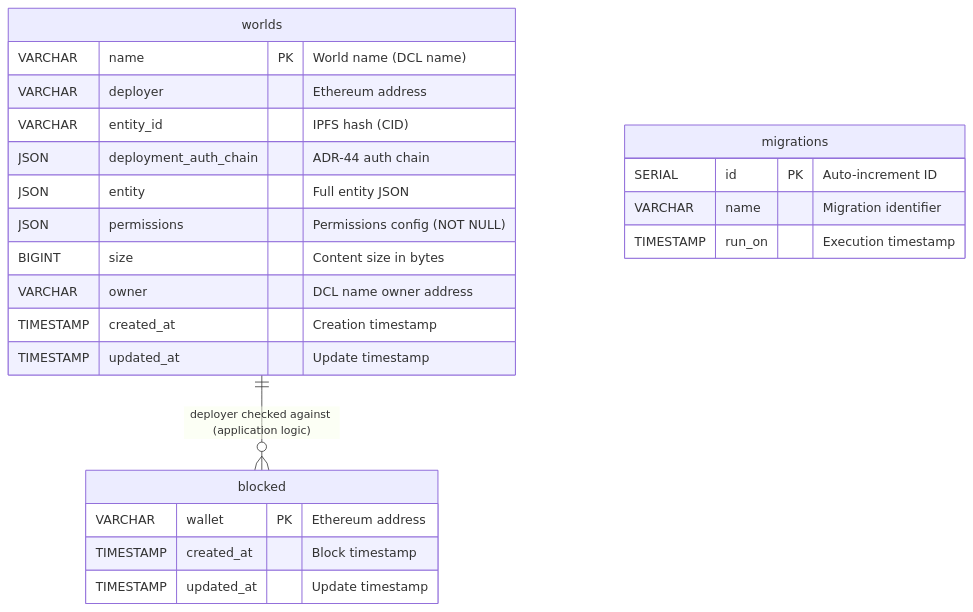
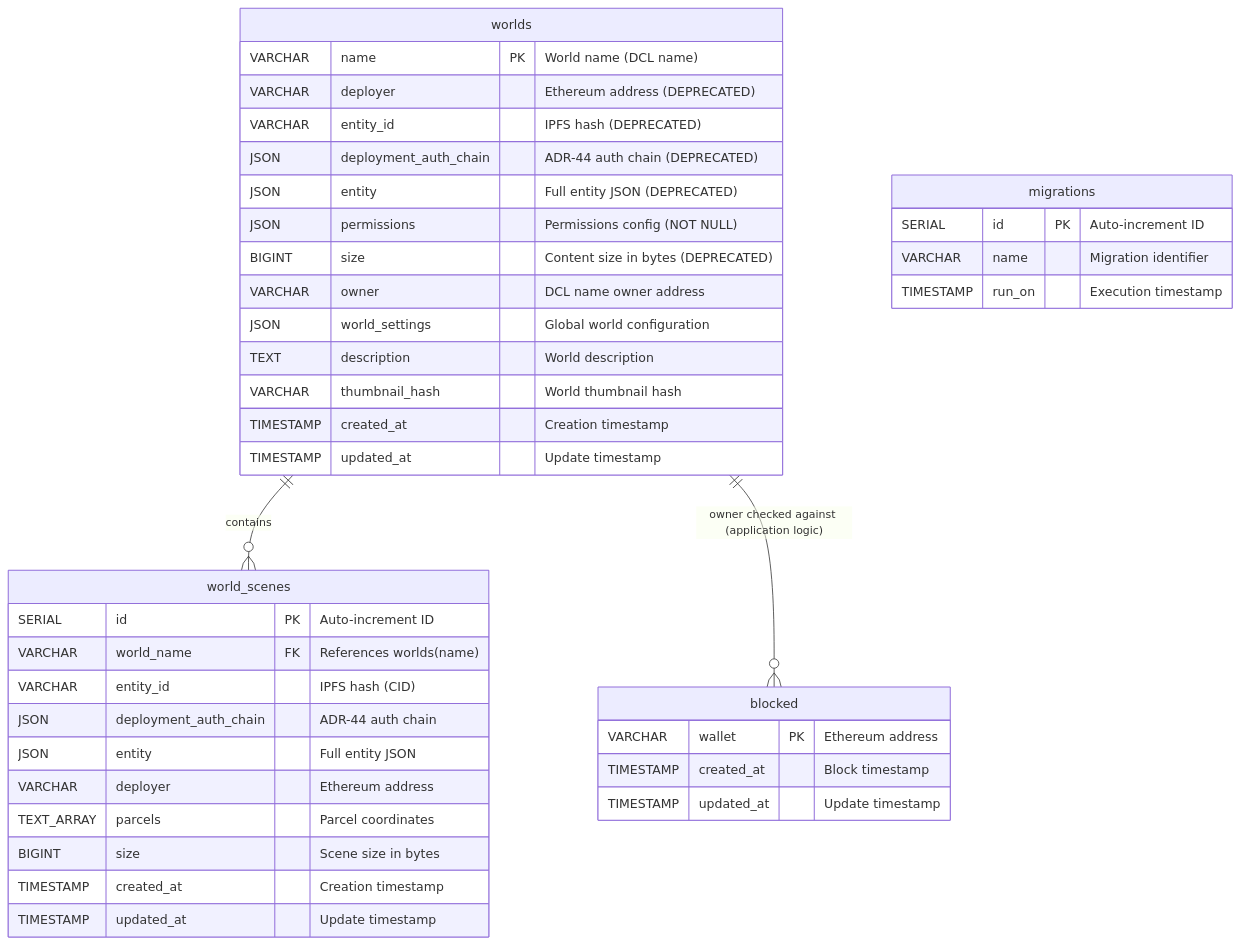
The diagram in docs/database-schema.md (decentraland/worlds-content-server), drawn with Mermaid before and after one commit. The commit also changed other lines of this file and 21 other files, not shown here.

Commit message:
feat: Initial multi-scene world deployments

````diff
--- a/docs/database-schema.md
+++ b/docs/database-schema.md
@@ -16,29 +17,46 @@
 ```mermaid
 erDiagram
     worlds {
         VARCHAR name PK "World name (DCL name)"
-        VARCHAR deployer "Ethereum address"
+        VARCHAR deployer "Ethereum address (DEPRECATED)"
+        VARCHAR entity_id "IPFS hash (DEPRECATED)"
+        JSON deployment_auth_chain "ADR-44 auth chain (DEPRECATED)"
+        JSON entity "Full entity JSON (DEPRECATED)"
+        JSON permissions "Permissions config (NOT NULL)"
+        BIGINT size "Content size in bytes (DEPRECATED)"
+        VARCHAR owner "DCL name owner address"
+        JSON world_settings "Global world configuration"
+        TEXT description "World description"
+        VARCHAR thumbnail_hash "World thumbnail hash"
+        TIMESTAMP created_at "Creation timestamp"
+        TIMESTAMP updated_at "Update timestamp"
+    }
+    
+    world_scenes {
+        SERIAL id PK "Auto-increment ID"
+        VARCHAR world_name FK "References worlds(name)"
         VARCHAR entity_id "IPFS hash (CID)"
         JSON deployment_auth_chain "ADR-44 auth chain"
         JSON entity "Full entity JSON"
-        JSON permissions "Permissions config (NOT NULL)"
-        BIGINT size "Content size in bytes"
-        VARCHAR owner "DCL name owner address"
+        VARCHAR deployer "Ethereum address"
+        TEXT_ARRAY parcels "Parcel coordinates"
+        BIGINT size "Scene size in bytes"
         TIMESTAMP created_at "Creation timestamp"
         TIMESTAMP updated_at "Update timestamp"
     }
     
     blocked {
         VARCHAR wallet PK "Ethereum address"
         TIMESTAMP created_at "Block timestamp"
         TIMESTAMP updated_at "Update timestamp"
     }
     
     migrations {
         SERIAL id PK "Auto-increment ID"
         VARCHAR name "Migration identifier"
         TIMESTAMP run_on "Execution timestamp"
     }
     
-    worlds ||--o{ blocked : "deployer checked against (application logic)"
+    worlds ||--o{ world_scenes : "contains"
+    worlds ||--o{ blocked : "owner checked against (application logic)"
 ```
````
